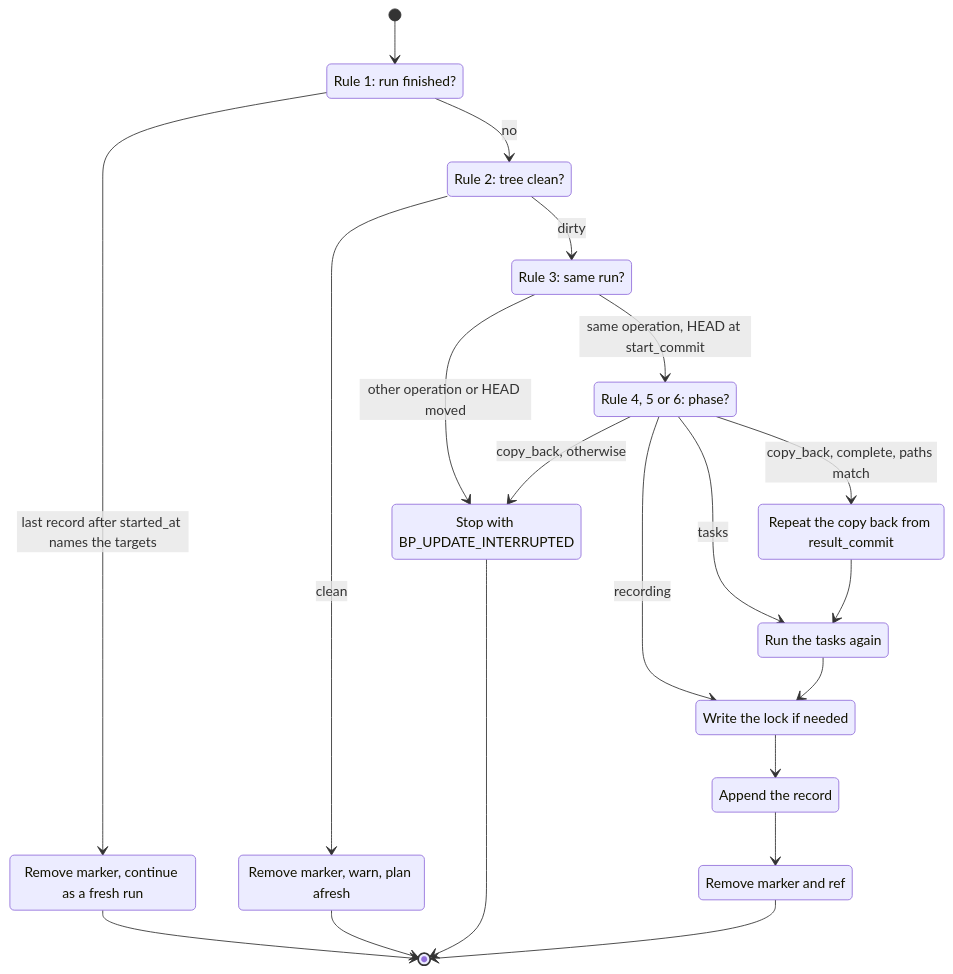
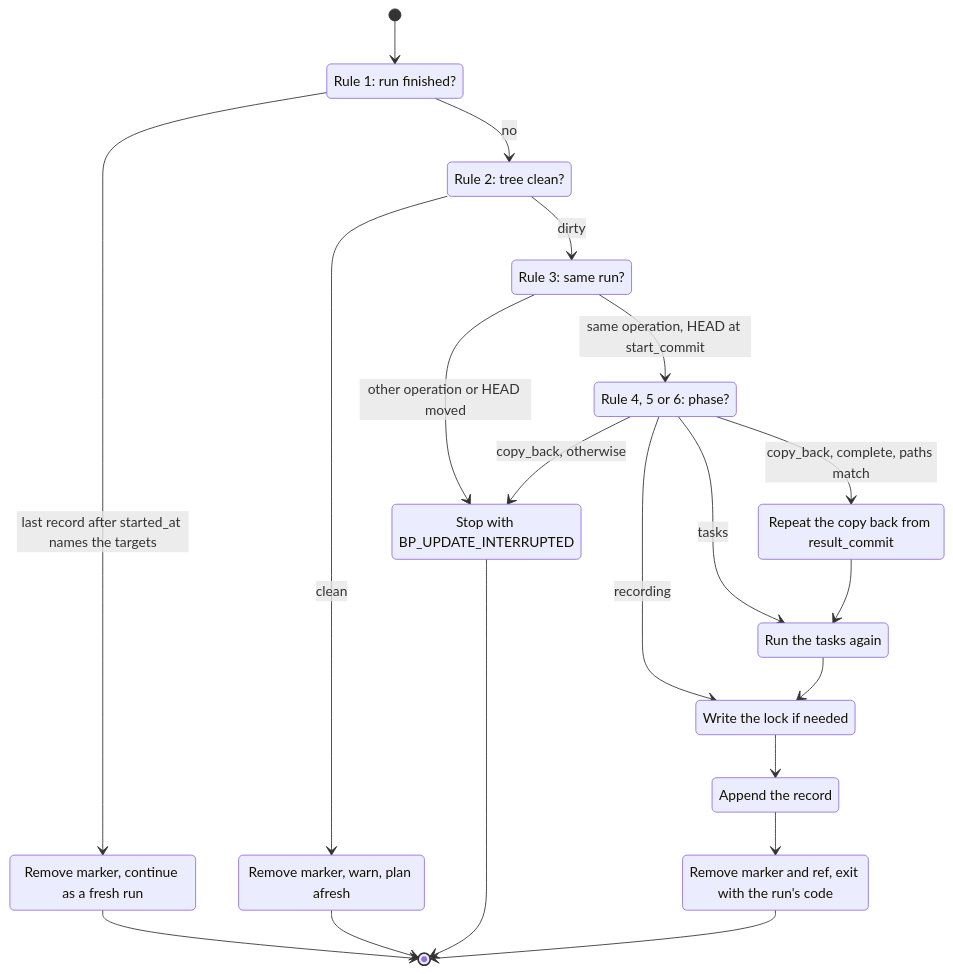
One commit to TheRealBillSiegler/boilerplate changed the second of 2 diagrams in docs/design/06-project-lifecycle.md. Above: the diagram before and after it, drawn with Mermaid. The commit also changed other lines of this file and 3 other files, not shown here.

````diff
--- a/docs/design/06-project-lifecycle.md
+++ b/docs/design/06-project-lifecycle.md
@@ -373,35 +375,35 @@
 ```mermaid
 stateDiagram-v2
     direction TB
     state "Rule 1: run finished?" as R1
     state "Rule 2: tree clean?" as R2
     state "Rule 3: same run?" as R3
     state "Rule 4, 5 or 6: phase?" as P
     state "Remove marker, continue as a fresh run" as Fresh
     state "Remove marker, warn, plan afresh" as Afresh
     state "Stop with BP_UPDATE_INTERRUPTED" as Stop
     state "Repeat the copy back from result_commit" as Repeat
     state "Run the tasks again" as Tasks
     state "Write the lock if needed" as Lock
     state "Append the record" as Rec
-    state "Remove marker and ref" as Done
+    state "Remove marker and ref, exit with the run's code" as Done
     [*] --> R1
     R1 --> Fresh: last record after started_at names the targets
     R1 --> R2: no
     R2 --> Afresh: clean
     R2 --> R3: dirty
     R3 --> Stop: other operation or HEAD moved
     R3 --> P: same operation, HEAD at start_commit
     P --> Repeat: copy_back, complete, paths match
     P --> Stop: copy_back, otherwise
     P --> Tasks: tasks
     P --> Lock: recording
     Repeat --> Tasks
     Tasks --> Lock
     Lock --> Rec
     Rec --> Done
     Fresh --> [*]
     Afresh --> [*]
     Stop --> [*]
     Done --> [*]
 ```
````
